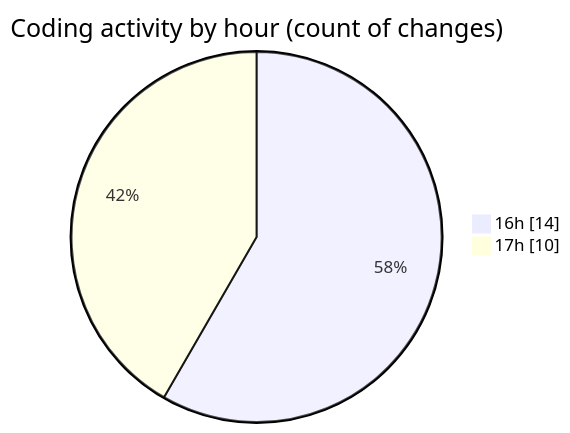
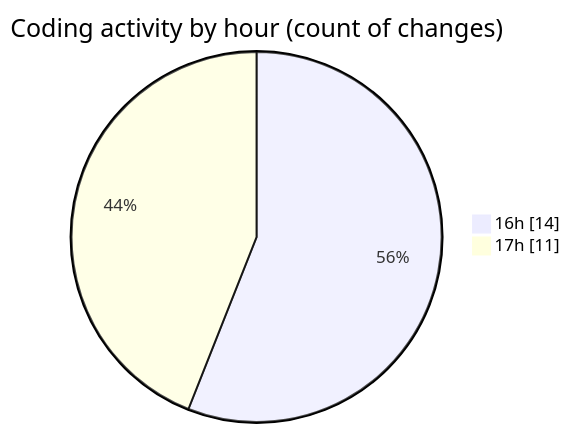
One commit to debugP/code-tracking changed the second of 2 diagrams in 2026-10-20/untitled__workspace_/README.md. Above: the diagram before and after it, drawn with Mermaid. The commit also changed other lines of this file and 1 other file, not shown here.

````diff
--- a/2026-10-20/untitled__workspace_/README.md
+++ b/2026-10-20/untitled__workspace_/README.md
@@ -30,6 +30,6 @@
 ```mermaid
 pie showData
 title Coding activity by hour (count of changes)
 "16h" : 14
-"17h" : 10
+"17h" : 11
 ```
````
